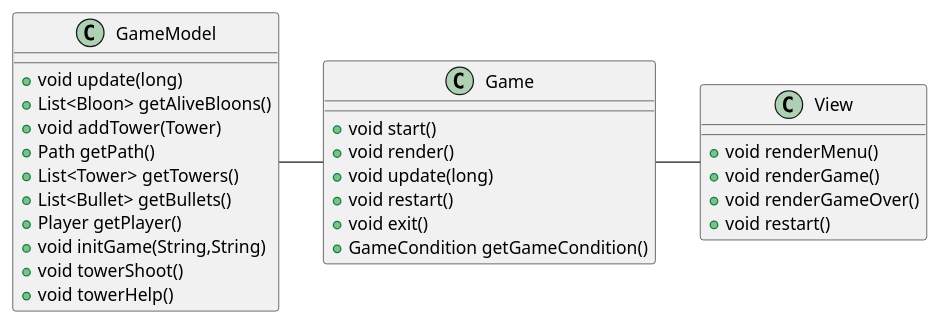
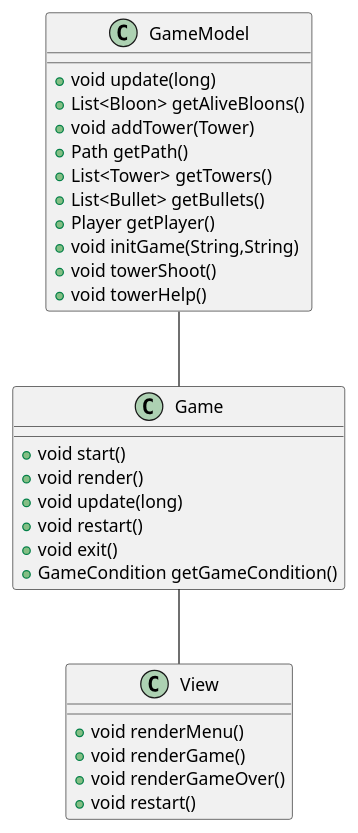
The diagram in uml/mvc_UML.puml (BloonsTowerDefense/OOP22-btd), drawn with PlantUML before and after one commit. The commit also changed 19 other files, not shown here.

```diff
--- a/uml/mvc_UML.puml
+++ b/uml/mvc_UML.puml
@@ -1,34 +1,34 @@
 @startuml
 class GameModel {
 + void update(long)
 + List<Bloon> getAliveBloons()
 + void addTower(Tower)
 + Path getPath()
 + List<Tower> getTowers()
 + List<Bullet> getBullets()
 + Player getPlayer()
 + void initGame(String,String)
 + void towerShoot()
 + void towerHelp()
 }
 
 class View {
 + void renderMenu()
 + void renderGame()
 + void renderGameOver()
 + void restart()
 }
 
 class Game {
 + void start()
 + void render()
 + void update(long)
 + void restart()
 + void exit()
 + GameCondition getGameCondition()
 }
 
 
-View -left- Game
-Game -left- GameModel
+View -up- Game
+Game -up- GameModel
 @enduml
```
